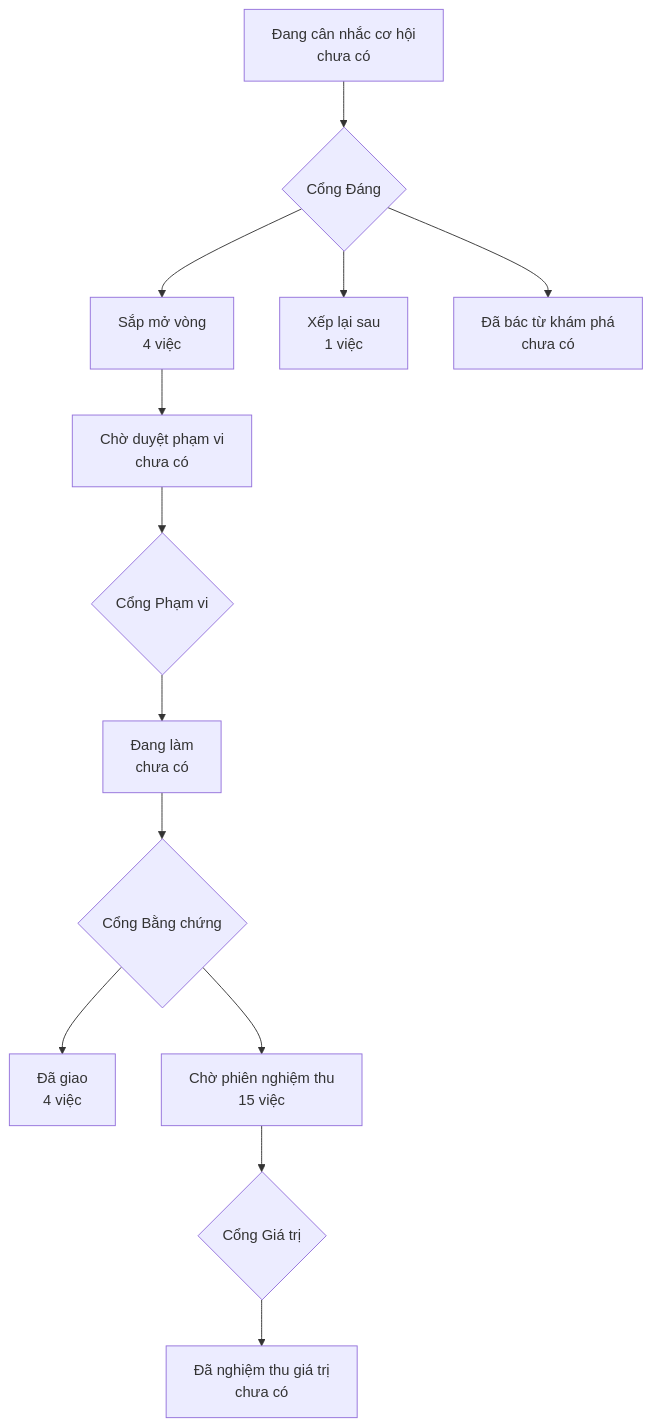
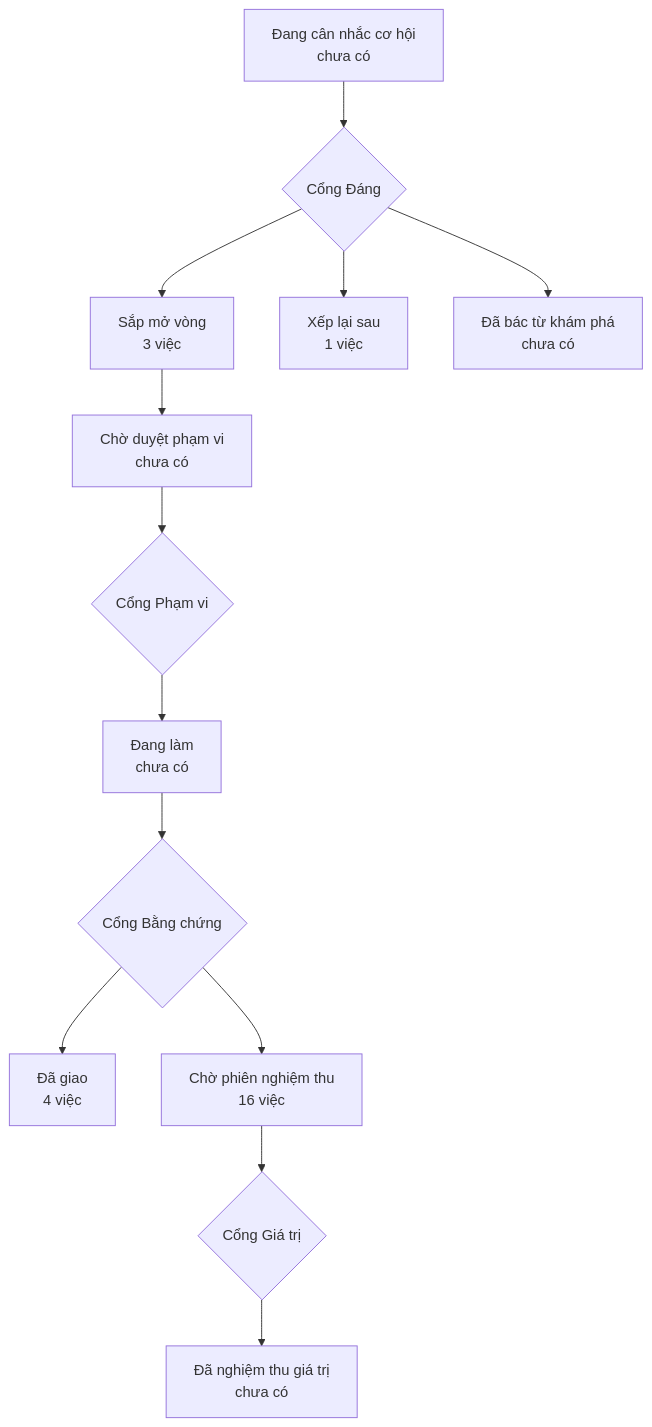
Before and after one commit to phanlemanh/onehub-quy-hang: the diagram in PRODUCT-MAP.md, drawn with Mermaid. The commit also changed 1 other file, not shown here.

Commit message:
chore: vẽ lại bản đồ sản phẩm và trang lộ trình sau gộp main

````diff
--- a/PRODUCT-MAP.md
+++ b/PRODUCT-MAP.md
@@ -7,12 +7,12 @@
 ```mermaid
 flowchart TD
   A["Đang cân nhắc cơ hội<br/>chưa có"] --> GD{"Cổng Đáng"}
-  GD --> B["Sắp mở vòng<br/>4 việc"]
+  GD --> B["Sắp mở vòng<br/>3 việc"]
   GD --> XL["Xếp lại sau<br/>1 việc"]
   GD --> DB["Đã bác từ khám phá<br/>chưa có"]
   B --> CD["Chờ duyệt phạm vi<br/>chưa có"] --> GP{"Cổng Phạm vi"}
   GP --> DL["Đang làm<br/>chưa có"] --> GB{"Cổng Bằng chứng"}
   GB --> DG["Đã giao<br/>4 việc"]
-  GB --> CN["Chờ phiên nghiệm thu<br/>15 việc"] --> GG{"Cổng Giá trị"}
+  GB --> CN["Chờ phiên nghiệm thu<br/>16 việc"] --> GG{"Cổng Giá trị"}
   GG --> NT["Đã nghiệm thu giá trị<br/>chưa có"]
 ```
````
